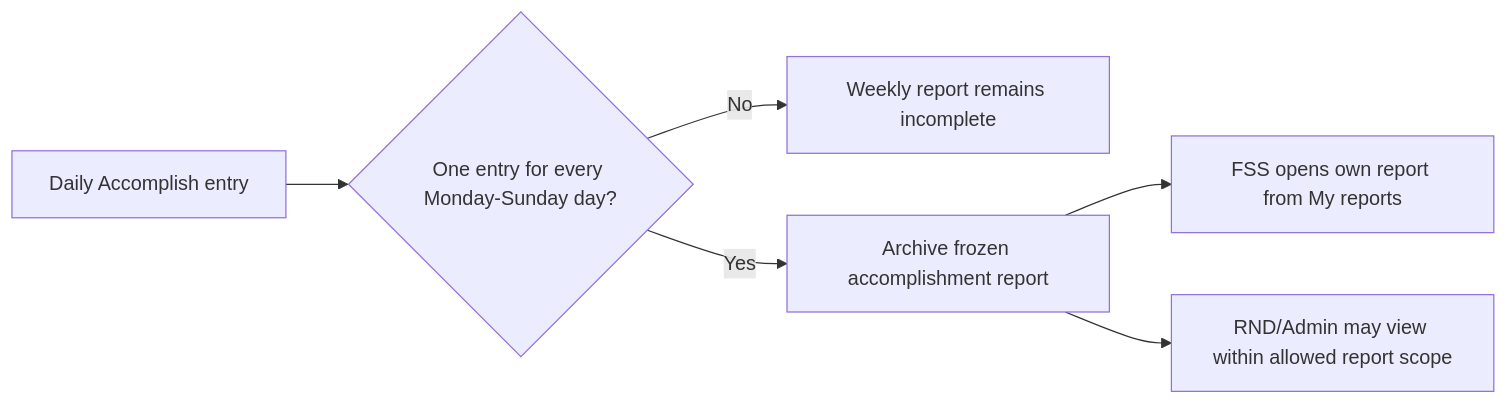
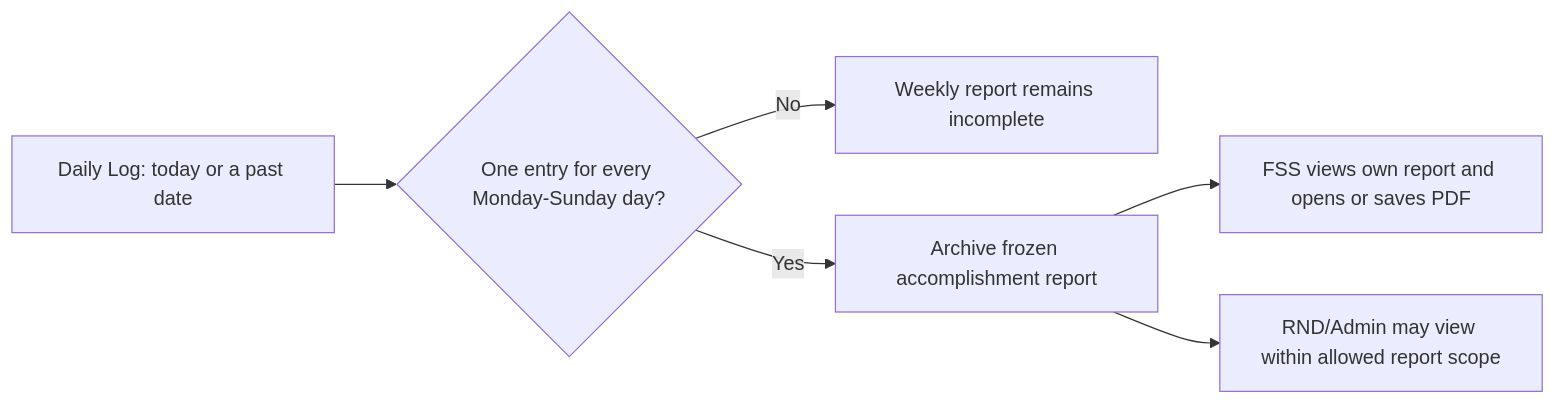
One commit to ja2gc/Nutriscope changed the fourth of 5 diagrams in docs/modules/Flowcharts/FSS Mobile Execution Flow.md. Above: the diagram before and after it, drawn with Mermaid. The commit also changed other lines of this file and 99 other files, not shown here.

````diff
--- a/docs/modules/Flowcharts/FSS Mobile Execution Flow.md
+++ b/docs/modules/Flowcharts/FSS Mobile Execution Flow.md
@@ -84,8 +80,8 @@
 ```mermaid
 flowchart LR
-    A["Daily Accomplish entry"] --> B{"One entry for every Monday-Sunday day?"}
+    A["Daily Log: today or a past date"] --> B{"One entry for every Monday-Sunday day?"}
     B -->|"No"| C["Weekly report remains incomplete"]
     B -->|"Yes"| D["Archive frozen accomplishment report"]
-    D --> E["FSS opens own report from My reports"]
+    D --> E["FSS views own report and opens or saves PDF"]
     D --> F["RND/Admin may view within allowed report scope"]
 ```
````
